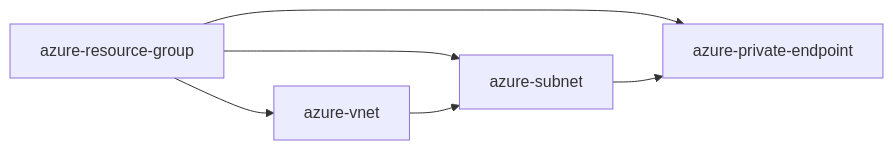
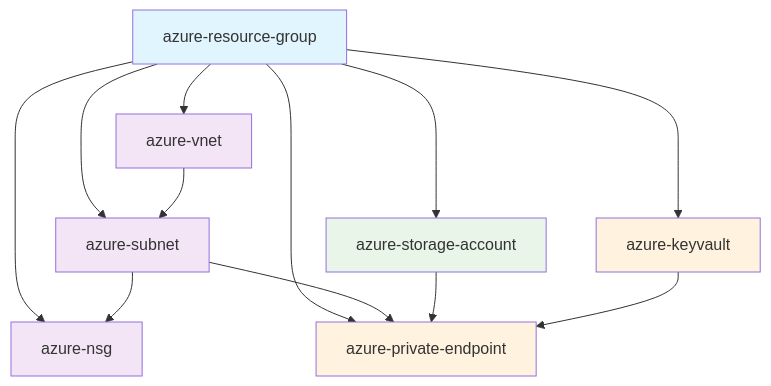
Before and after one commit to Damianjsp/one-platform: the second of 4 diagrams in docs/ARCHITECTURE.md, drawn with Mermaid. The commit also changed other lines of this file and 11 other files, not shown here.

````diff
--- a/docs/ARCHITECTURE.md
+++ b/docs/ARCHITECTURE.md
@@ -78,8 +91,24 @@
 ```mermaid
-graph LR
+graph TB
     A[azure-resource-group] --> B[azure-vnet]
     A --> C[azure-subnet]
-    A --> D[azure-private-endpoint]
+    A --> D[azure-nsg]
+    A --> E[azure-storage-account]
+    A --> F[azure-keyvault]
+    A --> G[azure-private-endpoint]
+    
     B --> C
     C --> D
+    C --> G
+    
+    E --> G
+    F --> G
+    
+    style A fill:#e1f5fe
+    style B fill:#f3e5f5
+    style C fill:#f3e5f5
+    style D fill:#f3e5f5
+    style E fill:#e8f5e8
+    style F fill:#fff3e0
+    style G fill:#fff3e0
 ```
````
